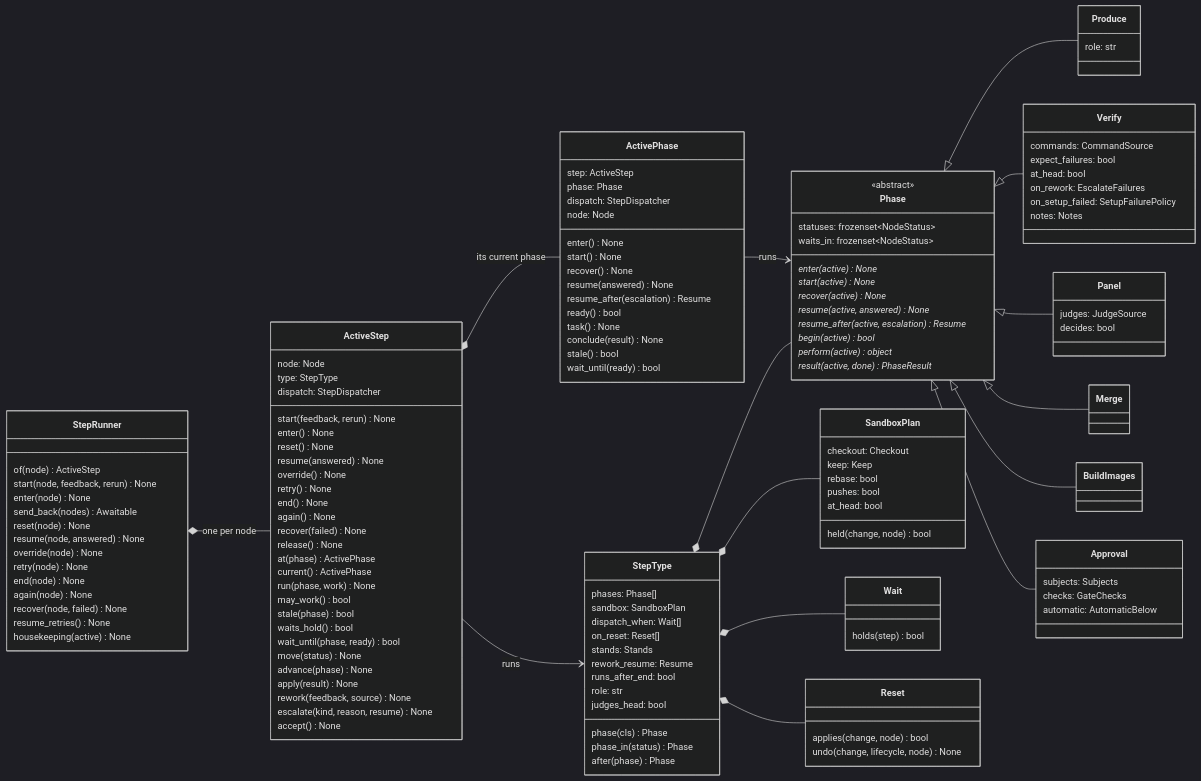
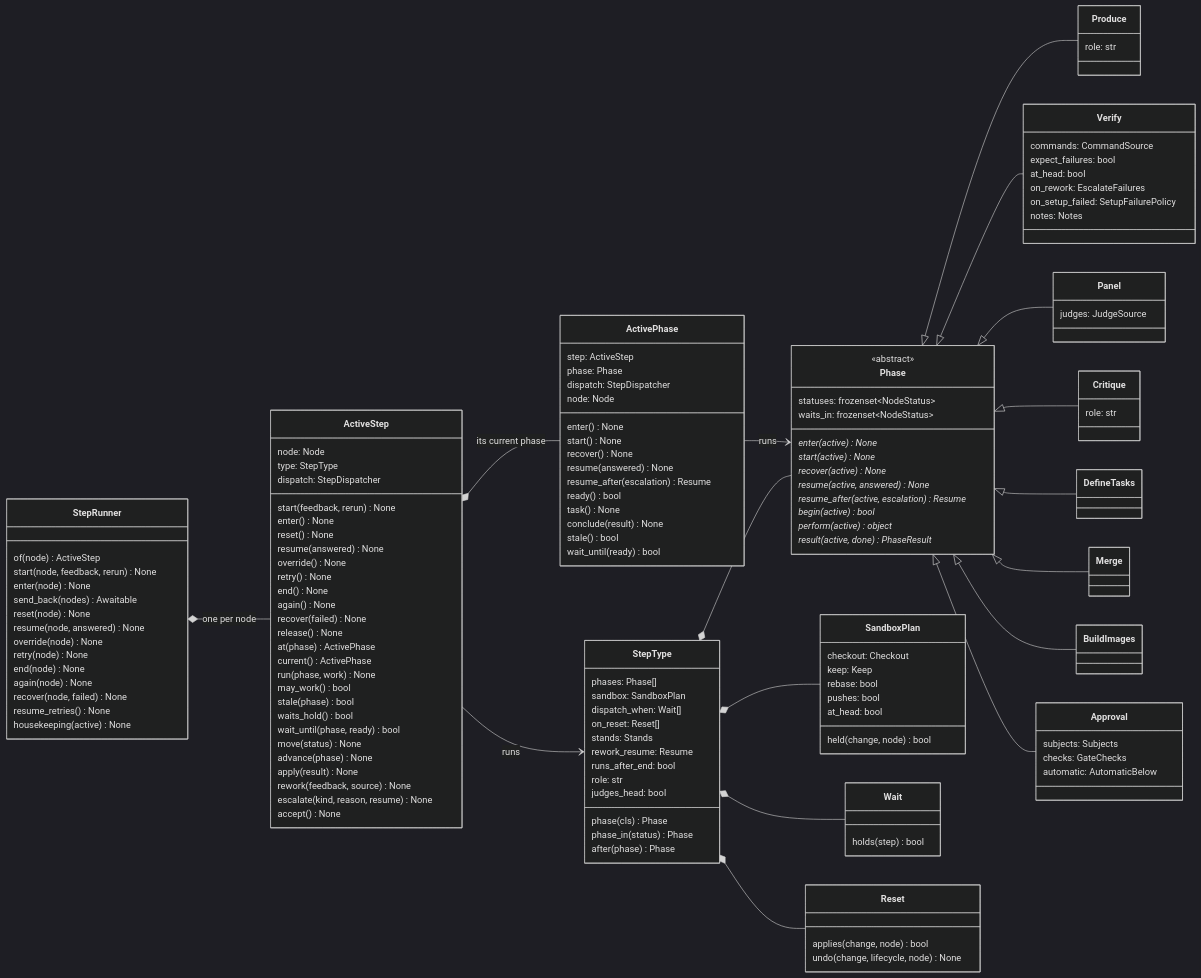
The fourth of 6 diagrams in docs/architecture.md (mr-miles/orchestrator), drawn with Mermaid (dark theme) before and after one commit. The commit also changed other lines of this file and 15 other files, not shown here.

First line of the commit message:
The plan's critic is its own phase, and defining its tasks another

```diff
--- a/docs/architecture.md
+++ b/docs/architecture.md
@@ -452,8 +454,11 @@
     }
     class Panel {
         judges: JudgeSource
-        decides: bool
     }
+    class Critique {
+        role: str
+    }
+    class DefineTasks
     class Merge
     class BuildImages
     class Approval {
@@ -488,6 +493,8 @@
     Phase <|-- Produce
     Phase <|-- Verify
     Phase <|-- Panel
+    Phase <|-- Critique
+    Phase <|-- DefineTasks
     Phase <|-- Merge
     Phase <|-- BuildImages
     Phase <|-- Approval
```
